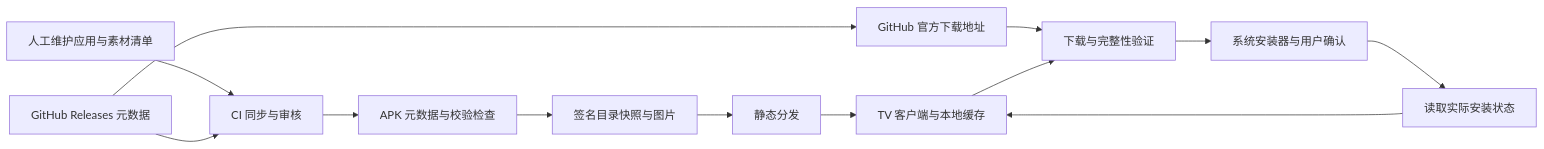
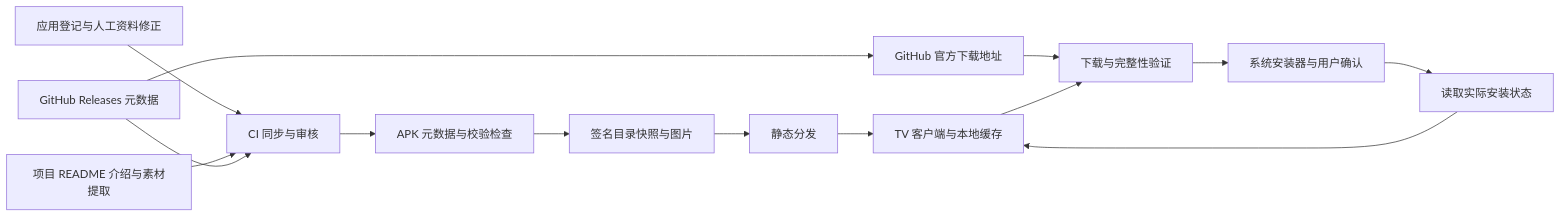
Before and after one commit to DurianLollipop/github-app-store: the diagram in docs/development-plan.md, drawn with Mermaid. The commit also changed other lines of this file and 40 other files, not shown here.

````diff
--- a/docs/development-plan.md
+++ b/docs/development-plan.md
@@ -134,15 +134,16 @@
 ```mermaid
 flowchart LR
-    A[人工维护应用与素材清单] --> C[CI 同步与审核]
+    A[应用登记与人工资料修正] --> C[CI 同步与审核]
+    R[项目 README 介绍与素材提取] --> C
     B[GitHub Releases 元数据] --> C
     C --> D[APK 元数据与校验检查]
     D --> E[签名目录快照与图片]
     E --> F[静态分发]
     F --> G[TV 客户端与本地缓存]
     B --> H[GitHub 官方下载地址]
     H --> I[下载与完整性验证]
     G --> I
     I --> J[系统安装器与用户确认]
     J --> K[读取实际安装状态]
     K --> G
 ```
````
